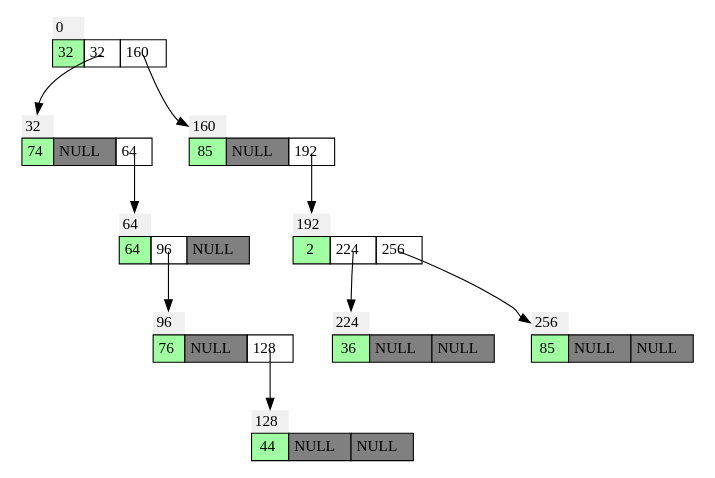
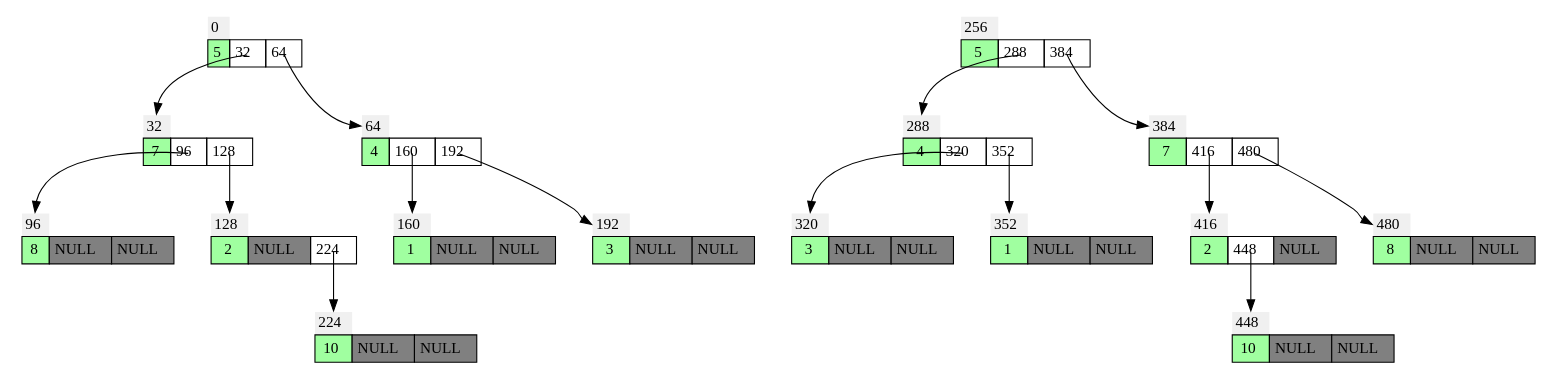
The diagram in AeSD/lab/tree/graph.dot (Davoleo/uni), drawn with Graphviz before and after one commit. The commit also changed 2 other files, not shown here.

```diff
--- a/AeSD/lab/tree/graph.dot
+++ b/AeSD/lab/tree/graph.dot
@@ -1,88 +1,154 @@
 digraph g
 { 
 node [shape=none]
 rankdir="TB"
 edge[tailclip=false,arrowtail=dot];
-node_0_1
+node_0_0
 [label=<
 <TABLE BORDER="0" CELLBORDER="1" CELLSPACING="0" CELLPADDING="4" >
 <TR> <TD CELLPADDING="3" BORDER="0"  ALIGN="LEFT" bgcolor="#f0f0f0" PORT="id">0</TD> </TR><TR>
-<TD PORT="val" bgcolor="#a0FFa0">32</TD>
+<TD PORT="val" bgcolor="#a0FFa0">5</TD>
  <TD PORT="L" > 32</TD>
- <TD PORT="R" > 160</TD>
+ <TD PORT="R" > 64</TD>
 </TR></TABLE>>];
-rank = same; node_0_1;node_32_1;
-node_0_1:L:c -> node_32_1:id ;
-node_0_1:R:c -> node_160_1:id ;
-node_32_1
+rank = same; node_0_0;node_32_0;
+node_0_0:L:c -> node_32_0:id ;
+node_0_0:R:c -> node_64_0:id ;
+node_32_0
 [label=<
 <TABLE BORDER="0" CELLBORDER="1" CELLSPACING="0" CELLPADDING="4" >
 <TR> <TD CELLPADDING="3" BORDER="0"  ALIGN="LEFT" bgcolor="#f0f0f0" PORT="id">32</TD> </TR><TR>
-<TD PORT="val" bgcolor="#a0FFa0">74</TD>
+<TD PORT="val" bgcolor="#a0FFa0">7</TD>
+ <TD PORT="L" > 96</TD>
+ <TD PORT="R" > 128</TD>
+</TR></TABLE>>];
+rank = same; node_32_0;node_96_0;
+node_32_0:L:c -> node_96_0:id ;
+node_32_0:R:c -> node_128_0:id ;
+node_96_0
+[label=<
+<TABLE BORDER="0" CELLBORDER="1" CELLSPACING="0" CELLPADDING="4" >
+<TR> <TD CELLPADDING="3" BORDER="0"  ALIGN="LEFT" bgcolor="#f0f0f0" PORT="id">96</TD> </TR><TR>
+<TD PORT="val" bgcolor="#a0FFa0">8</TD>
  <TD PORT="L" bgcolor="#808080"> NULL</TD>
- <TD PORT="R" > 64</TD>
+ <TD PORT="R" bgcolor="#808080"> NULL</TD>
 </TR></TABLE>>];
-node_32_1:R:c -> node_64_1:id ;
-node_64_1
+node_128_0
+[label=<
+<TABLE BORDER="0" CELLBORDER="1" CELLSPACING="0" CELLPADDING="4" >
+<TR> <TD CELLPADDING="3" BORDER="0"  ALIGN="LEFT" bgcolor="#f0f0f0" PORT="id">128</TD> </TR><TR>
+<TD PORT="val" bgcolor="#a0FFa0">2</TD>
+ <TD PORT="L" bgcolor="#808080"> NULL</TD>
+ <TD PORT="R" > 224</TD>
+</TR></TABLE>>];
+node_128_0:R:c -> node_224_0:id ;
+node_224_0
+[label=<
+<TABLE BORDER="0" CELLBORDER="1" CELLSPACING="0" CELLPADDING="4" >
+<TR> <TD CELLPADDING="3" BORDER="0"  ALIGN="LEFT" bgcolor="#f0f0f0" PORT="id">224</TD> </TR><TR>
+<TD PORT="val" bgcolor="#a0FFa0">10</TD>
+ <TD PORT="L" bgcolor="#808080"> NULL</TD>
+ <TD PORT="R" bgcolor="#808080"> NULL</TD>
+</TR></TABLE>>];
+node_64_0
 [label=<
 <TABLE BORDER="0" CELLBORDER="1" CELLSPACING="0" CELLPADDING="4" >
 <TR> <TD CELLPADDING="3" BORDER="0"  ALIGN="LEFT" bgcolor="#f0f0f0" PORT="id">64</TD> </TR><TR>
-<TD PORT="val" bgcolor="#a0FFa0">64</TD>
- <TD PORT="L" > 96</TD>
- <TD PORT="R" bgcolor="#808080"> NULL</TD>
+<TD PORT="val" bgcolor="#a0FFa0">4</TD>
+ <TD PORT="L" > 160</TD>
+ <TD PORT="R" > 192</TD>
 </TR></TABLE>>];
-node_64_1:L:c -> node_96_1:id ;
-node_96_1
+rank = same; node_64_0;node_160_0;
+node_64_0:L:c -> node_160_0:id ;
+node_64_0:R:c -> node_192_0:id ;
+node_160_0
 [label=<
 <TABLE BORDER="0" CELLBORDER="1" CELLSPACING="0" CELLPADDING="4" >
-<TR> <TD CELLPADDING="3" BORDER="0"  ALIGN="LEFT" bgcolor="#f0f0f0" PORT="id">96</TD> </TR><TR>
-<TD PORT="val" bgcolor="#a0FFa0">76</TD>
- <TD PORT="L" bgcolor="#808080"> NULL</TD>
- <TD PORT="R" > 128</TD>
-</TR></TABLE>>];
-node_96_1:R:c -> node_128_1:id ;
-node_128_1
-[label=<
-<TABLE BORDER="0" CELLBORDER="1" CELLSPACING="0" CELLPADDING="4" >
-<TR> <TD CELLPADDING="3" BORDER="0"  ALIGN="LEFT" bgcolor="#f0f0f0" PORT="id">128</TD> </TR><TR>
-<TD PORT="val" bgcolor="#a0FFa0">44</TD>
+<TR> <TD CELLPADDING="3" BORDER="0"  ALIGN="LEFT" bgcolor="#f0f0f0" PORT="id">160</TD> </TR><TR>
+<TD PORT="val" bgcolor="#a0FFa0">1</TD>
  <TD PORT="L" bgcolor="#808080"> NULL</TD>
  <TD PORT="R" bgcolor="#808080"> NULL</TD>
 </TR></TABLE>>];
-node_160_1
-[label=<
-<TABLE BORDER="0" CELLBORDER="1" CELLSPACING="0" CELLPADDING="4" >
-<TR> <TD CELLPADDING="3" BORDER="0"  ALIGN="LEFT" bgcolor="#f0f0f0" PORT="id">160</TD> </TR><TR>
-<TD PORT="val" bgcolor="#a0FFa0">85</TD>
- <TD PORT="L" bgcolor="#808080"> NULL</TD>
- <TD PORT="R" > 192</TD>
-</TR></TABLE>>];
-node_160_1:R:c -> node_192_1:id ;
-node_192_1
+node_192_0
 [label=<
 <TABLE BORDER="0" CELLBORDER="1" CELLSPACING="0" CELLPADDING="4" >
 <TR> <TD CELLPADDING="3" BORDER="0"  ALIGN="LEFT" bgcolor="#f0f0f0" PORT="id">192</TD> </TR><TR>
-<TD PORT="val" bgcolor="#a0FFa0">2</TD>
- <TD PORT="L" > 224</TD>
- <TD PORT="R" > 256</TD>
-</TR></TABLE>>];
-rank = same; node_192_1;node_224_1;
-node_192_1:L:c -> node_224_1:id ;
-node_192_1:R:c -> node_256_1:id ;
-node_224_1
-[label=<
-<TABLE BORDER="0" CELLBORDER="1" CELLSPACING="0" CELLPADDING="4" >
-<TR> <TD CELLPADDING="3" BORDER="0"  ALIGN="LEFT" bgcolor="#f0f0f0" PORT="id">224</TD> </TR><TR>
-<TD PORT="val" bgcolor="#a0FFa0">36</TD>
+<TD PORT="val" bgcolor="#a0FFa0">3</TD>
  <TD PORT="L" bgcolor="#808080"> NULL</TD>
  <TD PORT="R" bgcolor="#808080"> NULL</TD>
 </TR></TABLE>>];
 node_256_1
 [label=<
 <TABLE BORDER="0" CELLBORDER="1" CELLSPACING="0" CELLPADDING="4" >
 <TR> <TD CELLPADDING="3" BORDER="0"  ALIGN="LEFT" bgcolor="#f0f0f0" PORT="id">256</TD> </TR><TR>
-<TD PORT="val" bgcolor="#a0FFa0">85</TD>
+<TD PORT="val" bgcolor="#a0FFa0">5</TD>
+ <TD PORT="L" > 288</TD>
+ <TD PORT="R" > 384</TD>
+</TR></TABLE>>];
+rank = same; node_256_1;node_288_1;
+node_256_1:L:c -> node_288_1:id ;
+node_256_1:R:c -> node_384_1:id ;
+node_288_1
+[label=<
+<TABLE BORDER="0" CELLBORDER="1" CELLSPACING="0" CELLPADDING="4" >
+<TR> <TD CELLPADDING="3" BORDER="0"  ALIGN="LEFT" bgcolor="#f0f0f0" PORT="id">288</TD> </TR><TR>
+<TD PORT="val" bgcolor="#a0FFa0">4</TD>
+ <TD PORT="L" > 320</TD>
+ <TD PORT="R" > 352</TD>
+</TR></TABLE>>];
+rank = same; node_288_1;node_320_1;
+node_288_1:L:c -> node_320_1:id ;
+node_288_1:R:c -> node_352_1:id ;
+node_320_1
+[label=<
+<TABLE BORDER="0" CELLBORDER="1" CELLSPACING="0" CELLPADDING="4" >
+<TR> <TD CELLPADDING="3" BORDER="0"  ALIGN="LEFT" bgcolor="#f0f0f0" PORT="id">320</TD> </TR><TR>
+<TD PORT="val" bgcolor="#a0FFa0">3</TD>
+ <TD PORT="L" bgcolor="#808080"> NULL</TD>
+ <TD PORT="R" bgcolor="#808080"> NULL</TD>
+</TR></TABLE>>];
+node_352_1
+[label=<
+<TABLE BORDER="0" CELLBORDER="1" CELLSPACING="0" CELLPADDING="4" >
+<TR> <TD CELLPADDING="3" BORDER="0"  ALIGN="LEFT" bgcolor="#f0f0f0" PORT="id">352</TD> </TR><TR>
+<TD PORT="val" bgcolor="#a0FFa0">1</TD>
+ <TD PORT="L" bgcolor="#808080"> NULL</TD>
+ <TD PORT="R" bgcolor="#808080"> NULL</TD>
+</TR></TABLE>>];
+node_384_1
+[label=<
+<TABLE BORDER="0" CELLBORDER="1" CELLSPACING="0" CELLPADDING="4" >
+<TR> <TD CELLPADDING="3" BORDER="0"  ALIGN="LEFT" bgcolor="#f0f0f0" PORT="id">384</TD> </TR><TR>
+<TD PORT="val" bgcolor="#a0FFa0">7</TD>
+ <TD PORT="L" > 416</TD>
+ <TD PORT="R" > 480</TD>
+</TR></TABLE>>];
+rank = same; node_384_1;node_416_1;
+node_384_1:L:c -> node_416_1:id ;
+node_384_1:R:c -> node_480_1:id ;
+node_416_1
+[label=<
+<TABLE BORDER="0" CELLBORDER="1" CELLSPACING="0" CELLPADDING="4" >
+<TR> <TD CELLPADDING="3" BORDER="0"  ALIGN="LEFT" bgcolor="#f0f0f0" PORT="id">416</TD> </TR><TR>
+<TD PORT="val" bgcolor="#a0FFa0">2</TD>
+ <TD PORT="L" > 448</TD>
+ <TD PORT="R" bgcolor="#808080"> NULL</TD>
+</TR></TABLE>>];
+node_416_1:L:c -> node_448_1:id ;
+node_448_1
+[label=<
+<TABLE BORDER="0" CELLBORDER="1" CELLSPACING="0" CELLPADDING="4" >
+<TR> <TD CELLPADDING="3" BORDER="0"  ALIGN="LEFT" bgcolor="#f0f0f0" PORT="id">448</TD> </TR><TR>
+<TD PORT="val" bgcolor="#a0FFa0">10</TD>
+ <TD PORT="L" bgcolor="#808080"> NULL</TD>
+ <TD PORT="R" bgcolor="#808080"> NULL</TD>
+</TR></TABLE>>];
+node_480_1
+[label=<
+<TABLE BORDER="0" CELLBORDER="1" CELLSPACING="0" CELLPADDING="4" >
+<TR> <TD CELLPADDING="3" BORDER="0"  ALIGN="LEFT" bgcolor="#f0f0f0" PORT="id">480</TD> </TR><TR>
+<TD PORT="val" bgcolor="#a0FFa0">8</TD>
  <TD PORT="L" bgcolor="#808080"> NULL</TD>
  <TD PORT="R" bgcolor="#808080"> NULL</TD>
 </TR></TABLE>>];
 }
```
